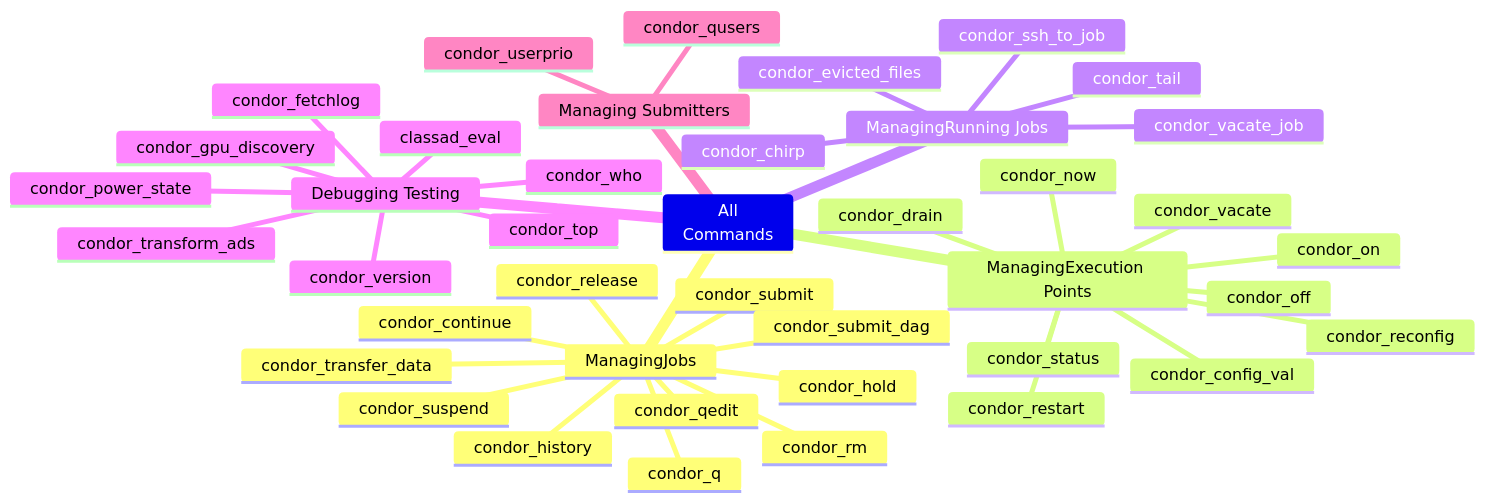
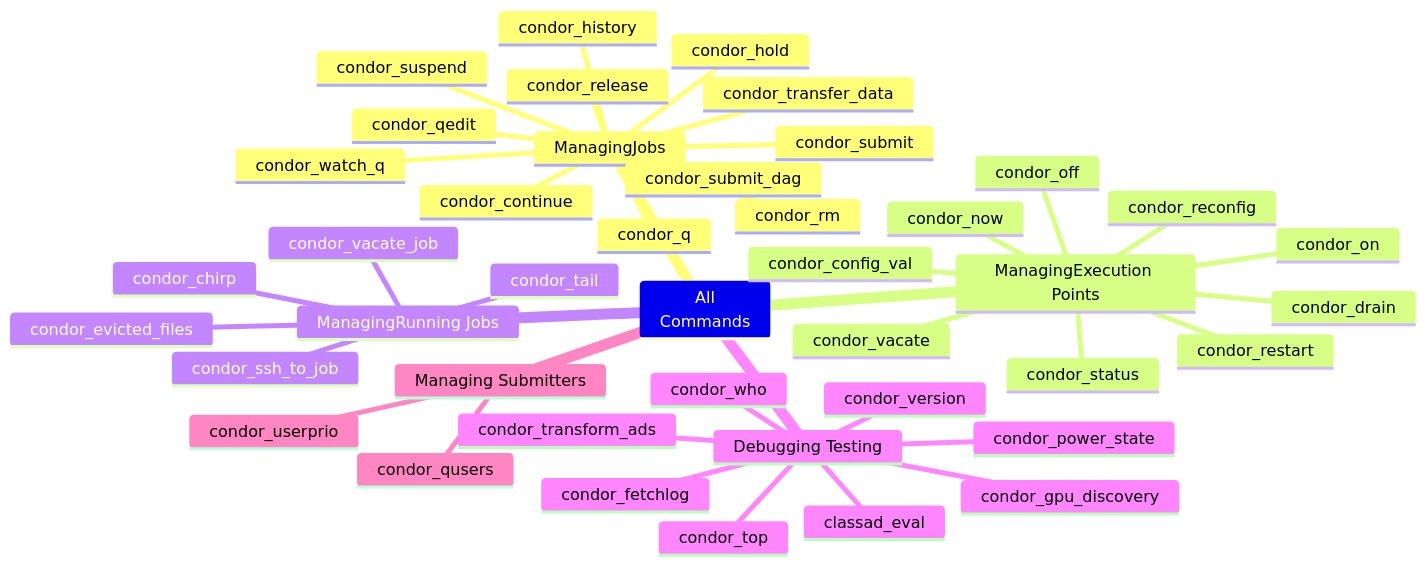
The diagram in docs/man-pages/index.rst (htcondor/htcondor), drawn with Mermaid before and after one commit.

Commit message:
HTCONDOR-2988 add watch_q to mindmap

```diff
--- a/docs/man-pages/index.rst
+++ b/docs/man-pages/index.rst
@@ -6,80 +6,82 @@
 .. mermaid::
    :caption: A map of all the tools
    :align: center
 
    mindmap
      All<br/>Commands
        ManagingJobs
          condor_rm
          :::link:condor_rm
          condor_submit
          :::link:condor_submit
          condor_submit_dag
          :::link:condor_submit_dag
          condor_suspend
          :::link:condor_suspend
          condor_continue
          :::link:condor_continue
          condor_hold
          :::link:condor_hold
          condor_release
          :::link:condor_release
          condor_transfer_data
          :::link:condor_transfer_data
          condor_q
          :::link:condor_q
+         condor_watch_q
+         :::link:condor_watch_q
          condor_qedit
          :::link:condor_qedit
          condor_history
          :::link:condor_history
        ManagingExecution Points
            condor_off
            :::link:condor_off
            condor_on
            :::link:condor_on
            condor_restart
            :::link:condor_restart
            condor_drain
            :::link:condor_drain
            condor_now
            :::link:condor_now
            condor_vacate
            :::link:condor_vacate
            condor_config_val
            :::link:condor_config_val
            condor_reconfig
            :::link:condor_reconfig
            condor_status
            :::link:condor_status
        ManagingRunning Jobs
            condor_ssh_to_job
            :::link:condor_ssh_to_job
            condor_tail
            :::link:condor_tail
            condor_evicted_files
            :::link:condor_evicted_files
            condor_chirp
            :::link:condor_chirp
            condor_vacate_job
            :::link:condor_vacate_job
        Debugging Testing
            classad_eval
            :::link:classad_eval
            condor_version
            :::link:condor_version
            condor_who
            :::link:condor_who
            condor_top
            :::link:condor_top
            condor_fetchlog
            :::link:condor_fetchlog
            condor_transform_ads
            :::link:condor_transform_ads
            condor_gpu_discovery
            :::link:condor_gpu_discovery
            condor_power_state
        Managing Submitters
            condor_userprio
            :::link:condor_userprio
            condor_qusers
            :::link:condor_qusers
```
